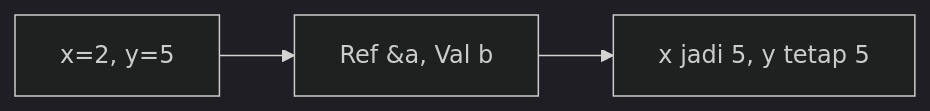
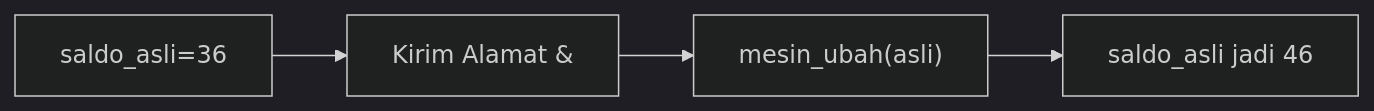
The fourth of 25 diagrams in part-c-pemahaman-cpp/04-fungsi/latihan/set-12.md (amnahwaida/OSNK_INF_PREP), drawn with Mermaid (dark theme) before and after one commit. The commit also changed other lines of this file and 71 other files, not shown here.

````diff
--- a/part-c-pemahaman-cpp/04-fungsi/latihan/set-12.md
+++ b/part-c-pemahaman-cpp/04-fungsi/latihan/set-12.md
@@ -102,5 +105,6 @@
 ```mermaid
 graph LR
-A["x=2, y=5"] --> B["Ref &a, Val b"]
-B --> C["x jadi 5, y tetap 5"]
+A["saldo_asli=36"] --> B["Kirim Alamat &"]
+B --> C["mesin_ubah(asli)"]
+C --> D["saldo_asli jadi 46"]
 ```
````
